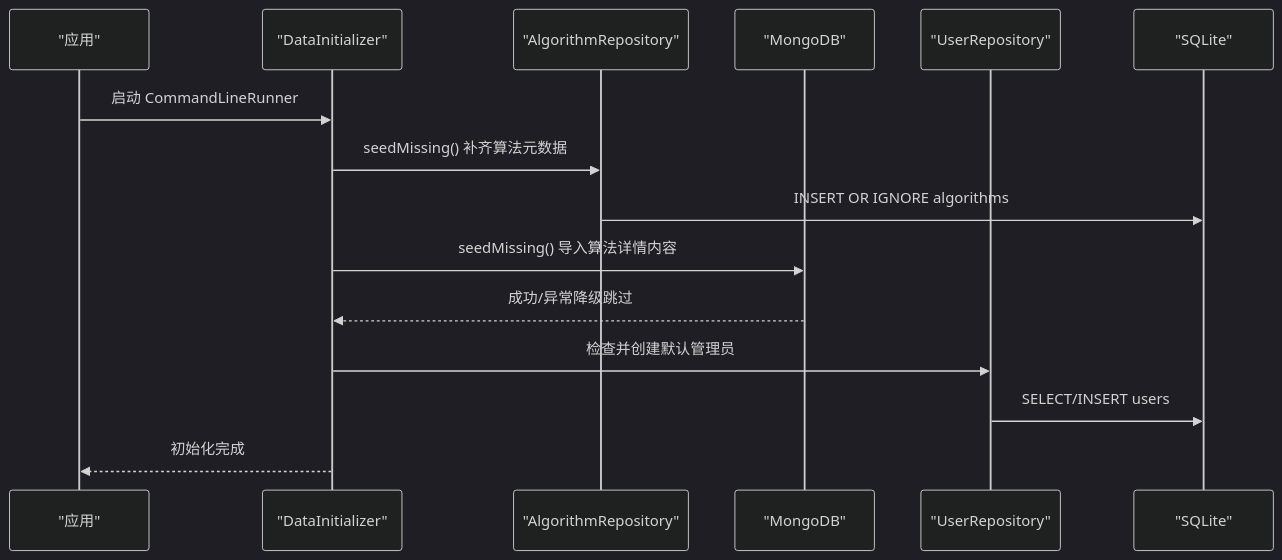
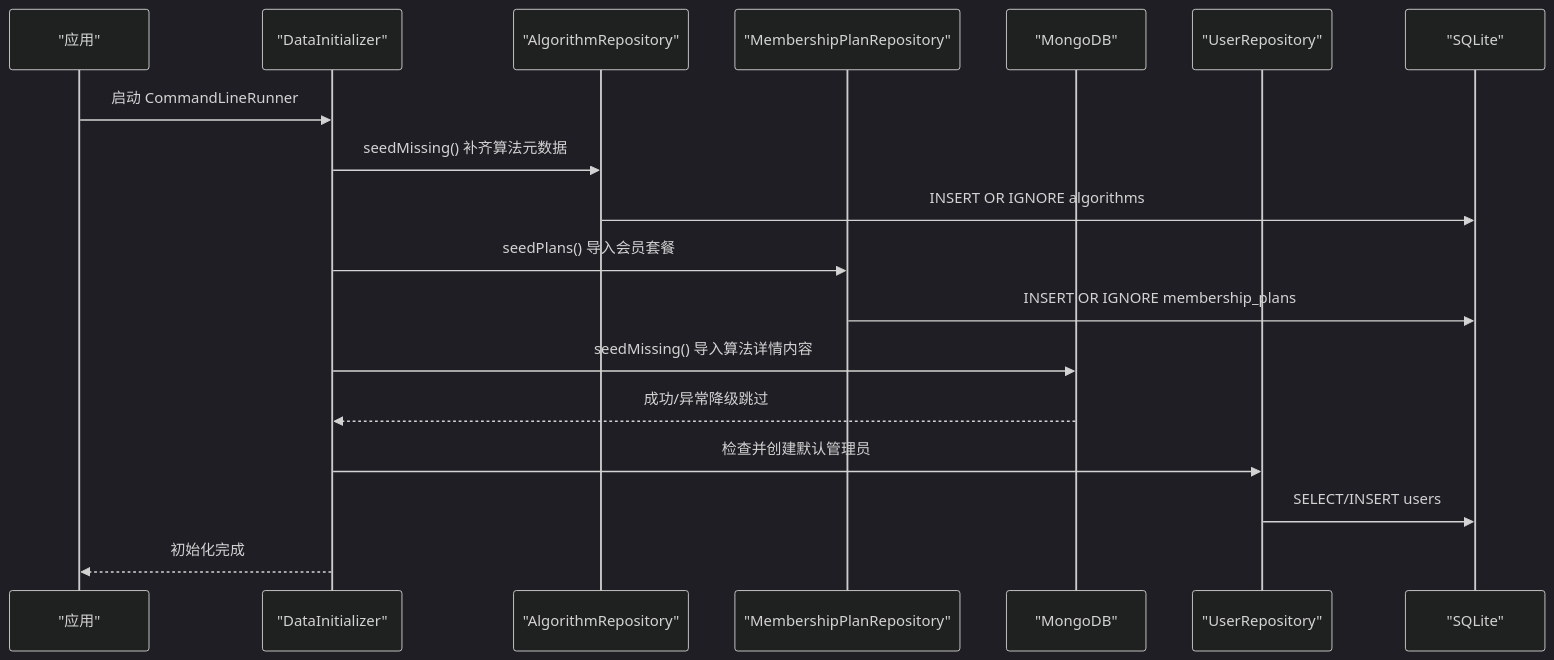
The second of 7 diagrams in .qoder/repowiki/zh/content/数据库设计/数据库设计.md (huangman881112/aiforip), drawn with Mermaid (dark theme) before and after one commit. The commit also changed other lines of this file and 69 other files, not shown here.

````diff
--- a/.qoder/repowiki/zh/content/数据库设计/数据库设计.md
+++ b/.qoder/repowiki/zh/content/数据库设计/数据库设计.md
@@ -93,17 +117,20 @@
 ```mermaid
 sequenceDiagram
 participant App as "应用"
 participant DI as "DataInitializer"
 participant AlgRepo as "AlgorithmRepository"
+participant PlanRepo as "MembershipPlanRepository"
 participant Mongo as "MongoDB"
 participant UserRepo as "UserRepository"
 participant DB as "SQLite"
 App->>DI : 启动 CommandLineRunner
 DI->>AlgRepo : seedMissing() 补齐算法元数据
 AlgRepo->>DB : INSERT OR IGNORE algorithms
+DI->>PlanRepo : seedPlans() 导入会员套餐
+PlanRepo->>DB : INSERT OR IGNORE membership_plans
 DI->>Mongo : seedMissing() 导入算法详情内容
 Mongo-->>DI : 成功/异常降级跳过
 DI->>UserRepo : 检查并创建默认管理员
 UserRepo->>DB : SELECT/INSERT users
 DI-->>App : 初始化完成
 ```
````
